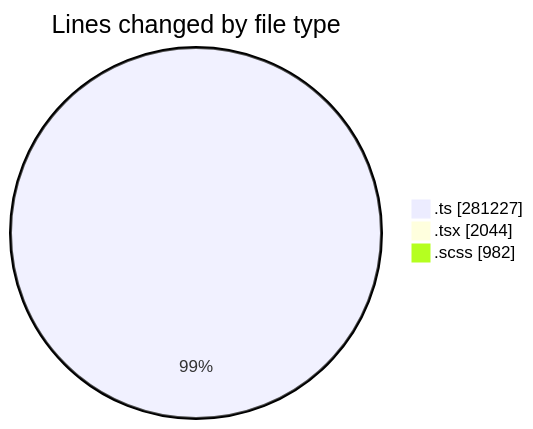
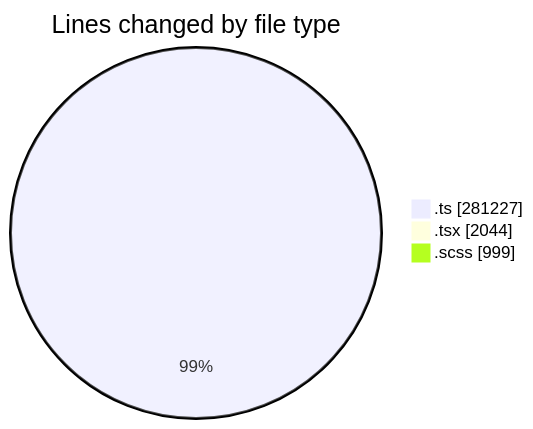
Before and after one commit to momahboobian/code-tracking: the first of 2 diagrams in 2025-08-22/cda/README.md, drawn with Mermaid. The commit also changed other lines of this file and 1 other file, not shown here.

````diff
--- a/2025-08-22/cda/README.md
+++ b/2025-08-22/cda/README.md
@@ -43,7 +43,7 @@
 ```mermaid
 pie showData
 title Lines changed by file type
 ".ts" : 281227
 ".tsx" : 2044
-".scss" : 982
+".scss" : 999
 ```
````
